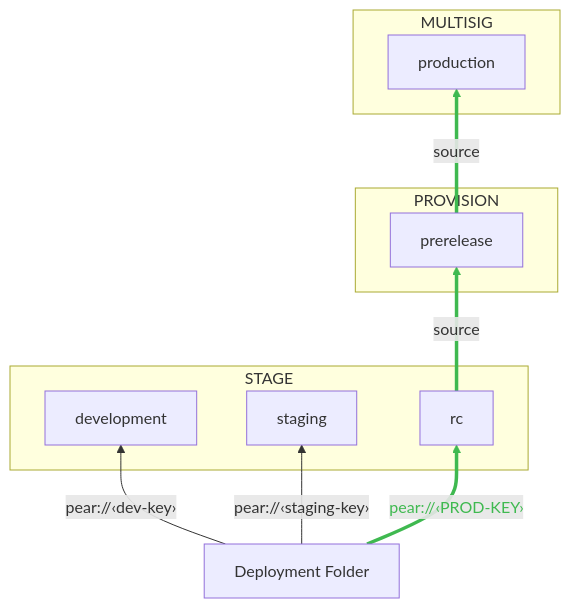
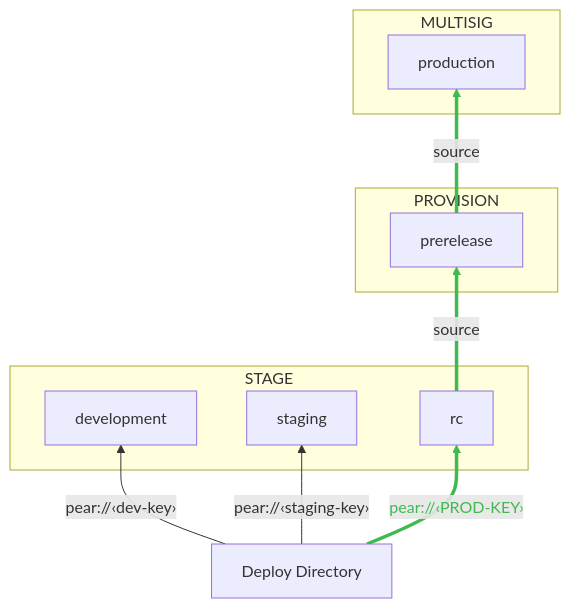
One commit to holepunchto/hello-pear-electron changed the second of 9 diagrams in README.md. Above: the diagram before and after it, drawn with Mermaid. The commit also changed other lines of this file, not shown here.

Commit message:
release lines diagram, extra toc level

````diff
--- a/README.md
+++ b/README.md
@@ -235,27 +246,27 @@
 ```mermaid
 graph BT
-    DF[Deployment Folder] -->|"pear://‹dev-key›"| Dev
+    DF[Deploy Directory] -->|"pear://‹dev-key›"| Dev
     DF -->|"pear://‹staging-key›"| Stg
     DF ==>|"pear://‹PROD-KEY›"| RC
 
     subgraph "    STAGE"
         Dev[development]
         Stg[staging]
         RC[rc]
     end
 
     subgraph PROVISION
         Pre[prerelease]
     end
 
     subgraph MULTISIG
         Prod[production]
     end
 
     RC ==>|source| Pre
     Pre ==>|source| Prod
 
     linkStyle 2 stroke:#3fb950,color:#3fb950
     linkStyle 3 stroke:#3fb950
     linkStyle 4 stroke:#3fb950
 ```
````
